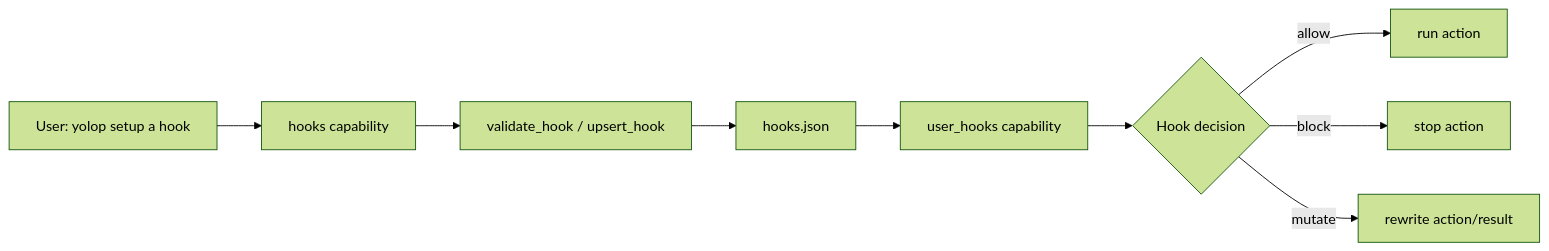
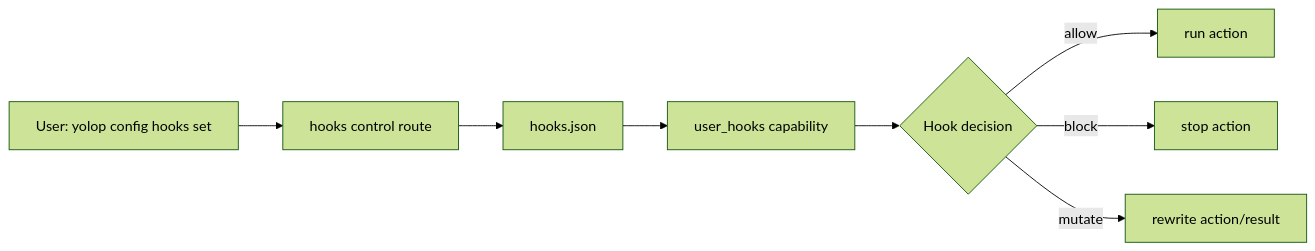
Before and after one commit to everruns/yolop: the diagram in docs/features/hooks.md, drawn with Mermaid (forest theme). The commit also changed other lines of this file and 18 other files, not shown here.

````diff
--- a/docs/features/hooks.md
+++ b/docs/features/hooks.md
@@ -17,11 +17,10 @@
 ```mermaid
 flowchart LR
-  User["User: yolop setup a hook"] --> Hooks["hooks capability"]
-  Hooks --> Tools["validate_hook / upsert_hook"]
-  Tools --> Files["hooks.json"]
+  User["User: yolop config hooks set"] --> Hooks["hooks control route"]
+  Hooks --> Files["hooks.json"]
   Files --> Runtime["user_hooks capability"]
   Runtime --> Decision{"Hook decision"}
   Decision -->|allow| Continue["run action"]
   Decision -->|block| Stop["stop action"]
   Decision -->|mutate| Rewrite["rewrite action/result"]
 ```
````
